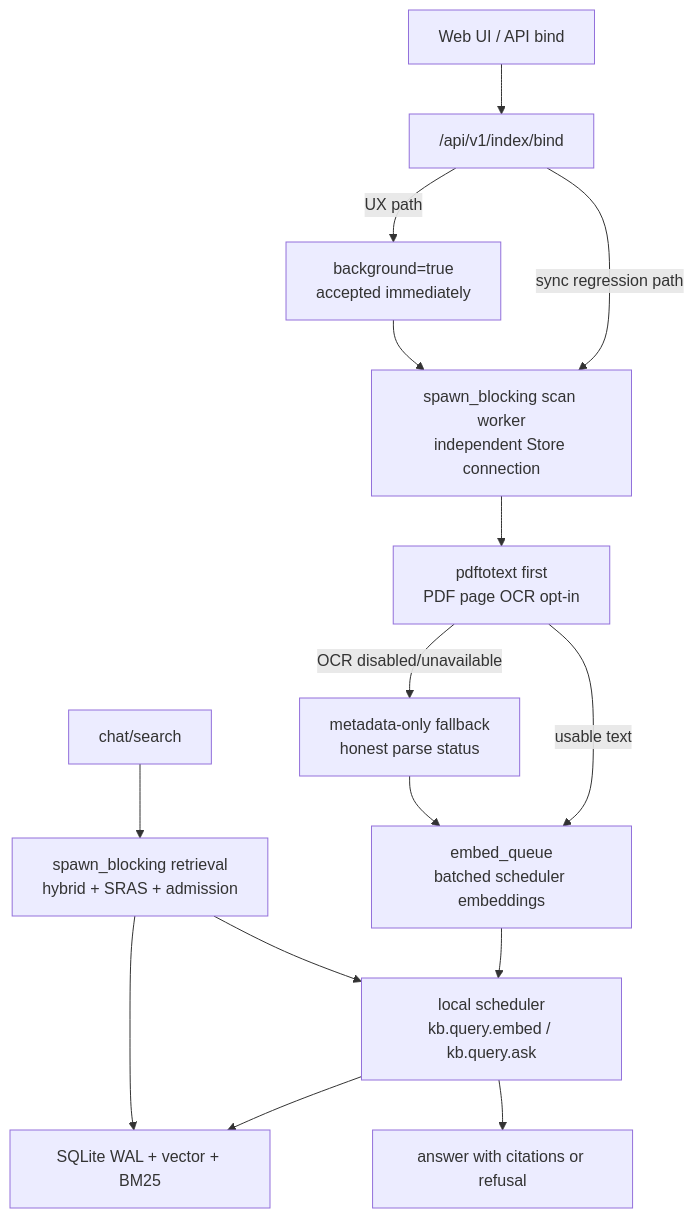
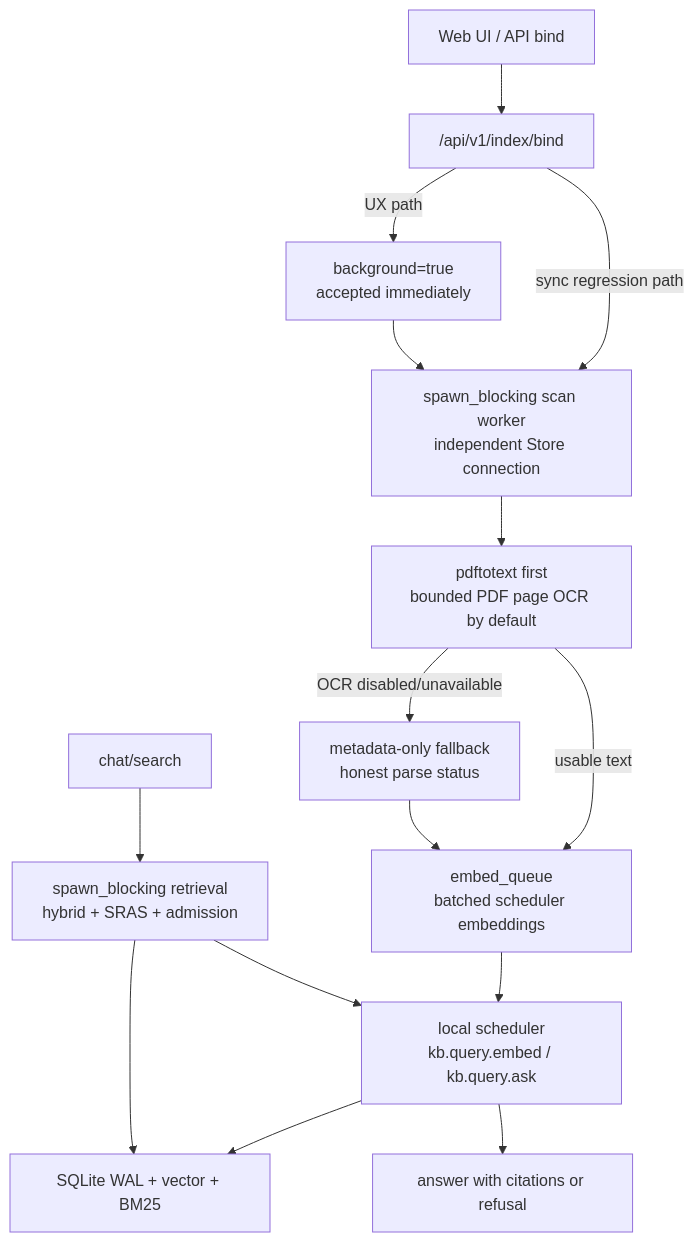
One commit to qiurui144/attune changed the second of 2 diagrams in docs/benchmarks/2026-07-08-airplane-manual-longtext-kb-dataset.md. Above: the diagram before and after it, drawn with Mermaid. The commit also changed other lines of this file and 119 other files, not shown here.

````diff
--- a/docs/benchmarks/2026-07-08-airplane-manual-longtext-kb-dataset.md
+++ b/docs/benchmarks/2026-07-08-airplane-manual-longtext-kb-dataset.md
@@ -405,25 +404,25 @@
 ```mermaid
 flowchart TD
   UI["Web UI / API bind"]
   Bind["/api/v1/index/bind"]
   Fast["background=true<br/>accepted immediately"]
   Worker["spawn_blocking scan worker<br/>independent Store connection"]
-  Parse["pdftotext first<br/>PDF page OCR opt-in"]
+  Parse["pdftotext first<br/>bounded PDF page OCR by default"]
   Meta["metadata-only fallback<br/>honest parse status"]
   Queue["embed_queue<br/>batched scheduler embeddings"]
   Index["SQLite WAL + vector + BM25"]
   Chat["chat/search"]
   Retrieval["spawn_blocking retrieval<br/>hybrid + SRAS + admission"]
   Scheduler["local scheduler<br/>kb.query.embed / kb.query.ask"]
   Answer["answer with citations or refusal"]
 
   UI --> Bind
   Bind -->|sync regression path| Worker
   Bind -->|UX path| Fast --> Worker
   Worker --> Parse
   Parse -->|usable text| Queue
   Parse -->|OCR disabled/unavailable| Meta --> Queue
   Queue --> Scheduler --> Index
   Chat --> Retrieval --> Index
   Retrieval --> Scheduler --> Answer
 ```
````
